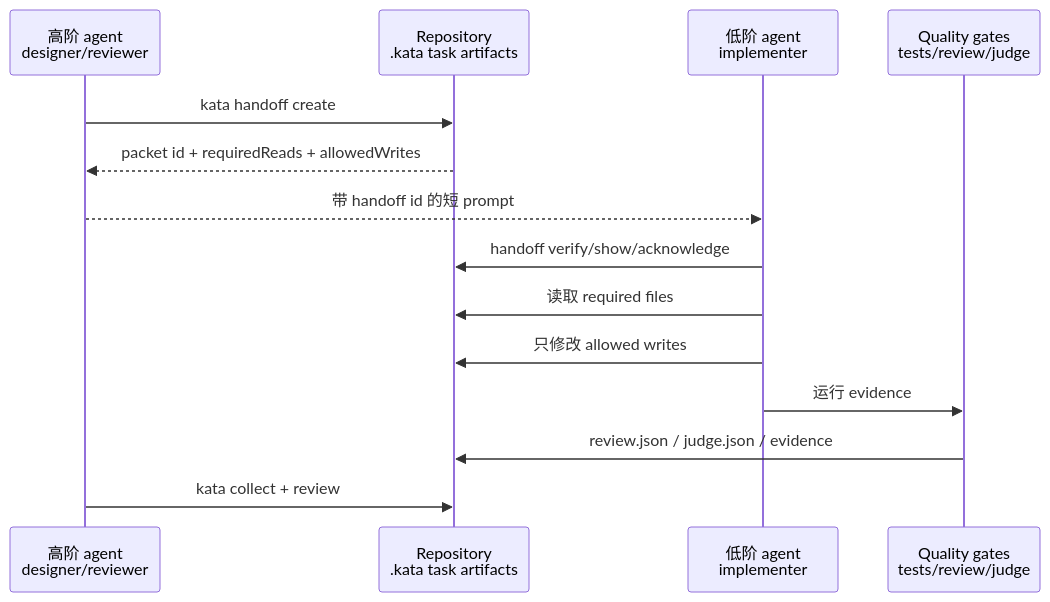
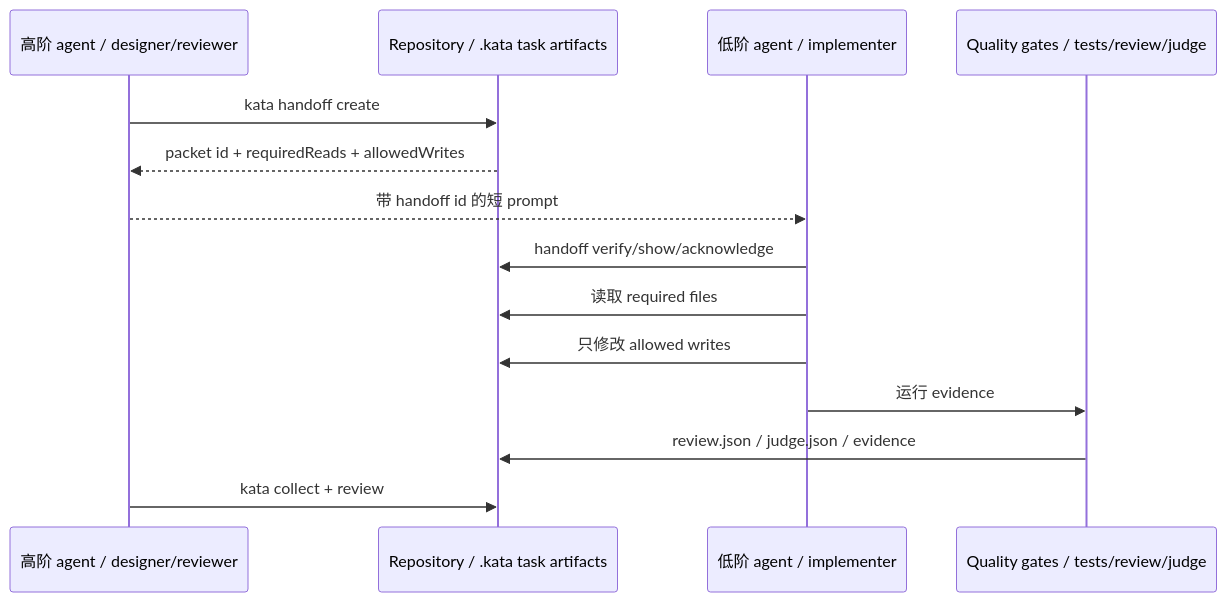
Before and after one commit to geebytes/kata: the fourth of 6 diagrams in README_ZH.md, drawn with Mermaid. The commit also changed other lines of this file and 1 other file, not shown here.

Commit message:
docs: fix mermaid diagrams — replace br tags with plain text separators

````diff
--- a/README_ZH.md
+++ b/README_ZH.md
@@ -150,17 +150,17 @@
 ```mermaid
 sequenceDiagram
-    participant H as 高阶 agent<br/>designer/reviewer
-    participant R as Repository<br/>.kata task artifacts
-    participant L as 低阶 agent<br/>implementer
-    participant Q as Quality gates<br/>tests/review/judge
+    participant H as 高阶 agent / designer/reviewer
+    participant R as Repository / .kata task artifacts
+    participant L as 低阶 agent / implementer
+    participant Q as Quality gates / tests/review/judge
 
     H->>R: kata handoff create
     R-->>H: packet id + requiredReads + allowedWrites
     H-->>L: 带 handoff id 的短 prompt
     L->>R: handoff verify/show/acknowledge
     L->>R: 读取 required files
     L->>R: 只修改 allowed writes
     L->>Q: 运行 evidence
     Q->>R: review.json / judge.json / evidence
     H->>R: kata collect + review
 ```
````
